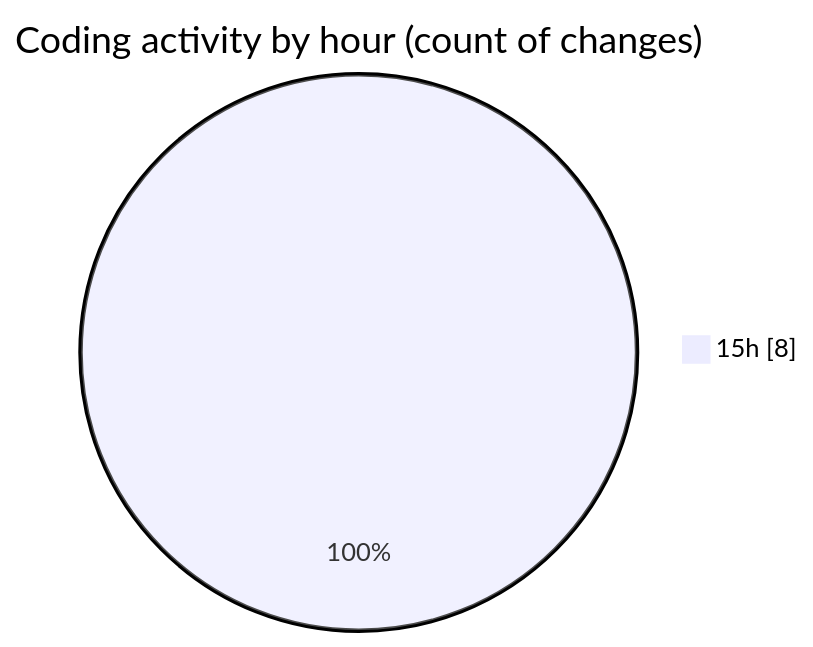
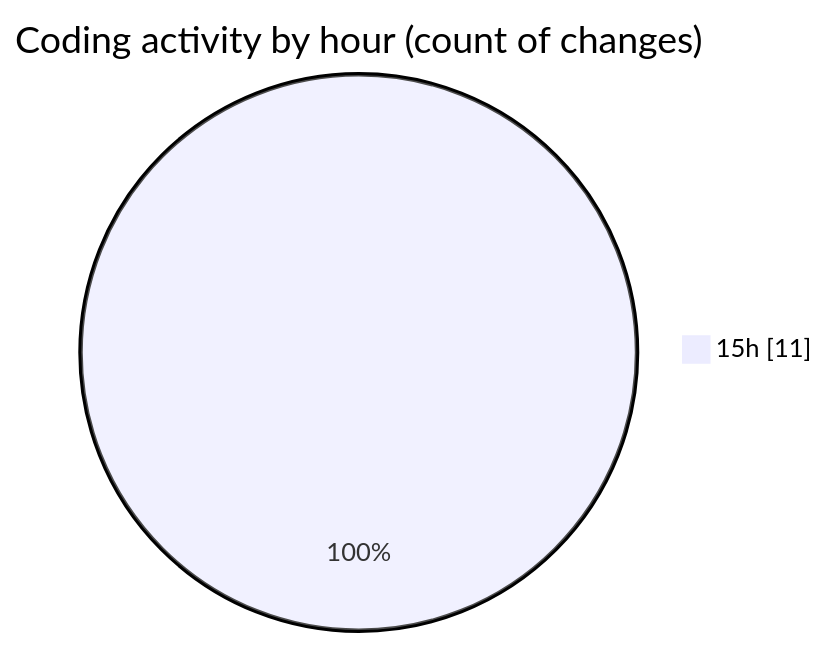
Before and after one commit to mevix1/code-tracking: the second of 2 diagrams in 2025-10-01/oura-api/README.md, drawn with Mermaid. The commit also changed other lines of this file and 1 other file, not shown here.

````diff
--- a/2025-10-01/oura-api/README.md
+++ b/2025-10-01/oura-api/README.md
@@ -28,5 +30,5 @@
 ```mermaid
 pie showData
 title Coding activity by hour (count of changes)
-"15h" : 8
+"15h" : 11
 ```
````
